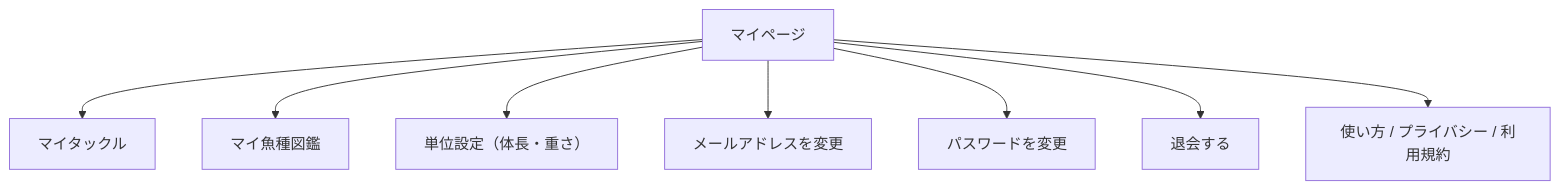
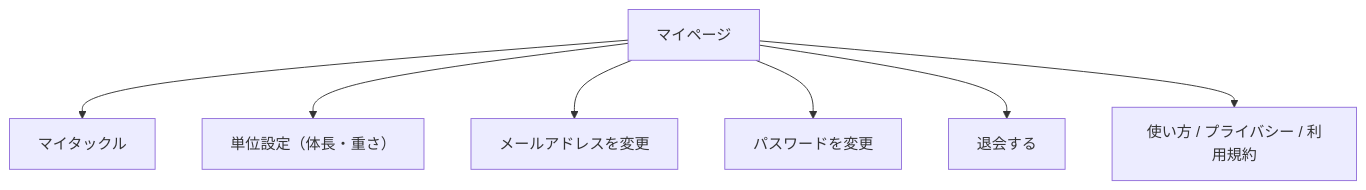
Before and after one commit to honeston/fissingplotter: the first of 8 diagrams in docs/screens/design/mypage.md, drawn with Mermaid. The commit also changed other lines of this file and 17 other files, not shown here.

Commit message:
ボトムナビを図鑑に差し替え、マイページは上バー左端から開けるようにする。

````diff
--- a/docs/screens/design/mypage.md
+++ b/docs/screens/design/mypage.md
@@ -5,10 +5,9 @@
 ```mermaid
 flowchart TD
   my["マイページ"] --> tackle["マイタックル"]
-  my --> encyclo["マイ魚種図鑑"]
   my --> units["単位設定（体長・重さ）"]
   my --> email["メールアドレスを変更"]
   my --> pass["パスワードを変更"]
   my --> del["退会する"]
   my --> legal["使い方 / プライバシー / 利用規約"]
 ```
````
